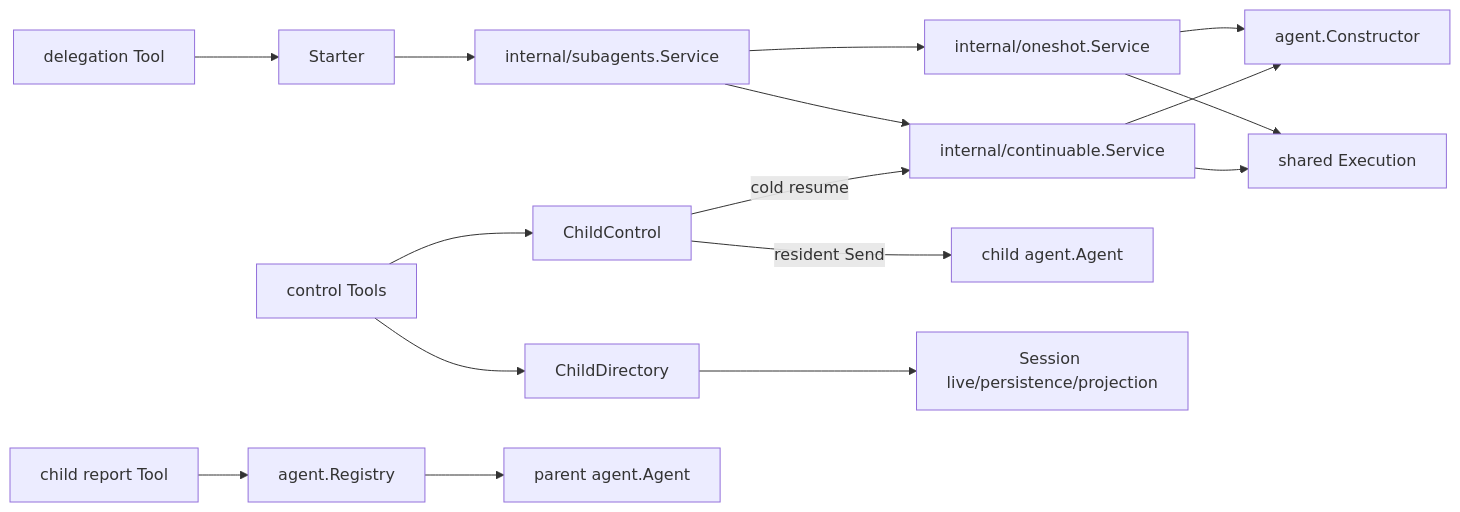
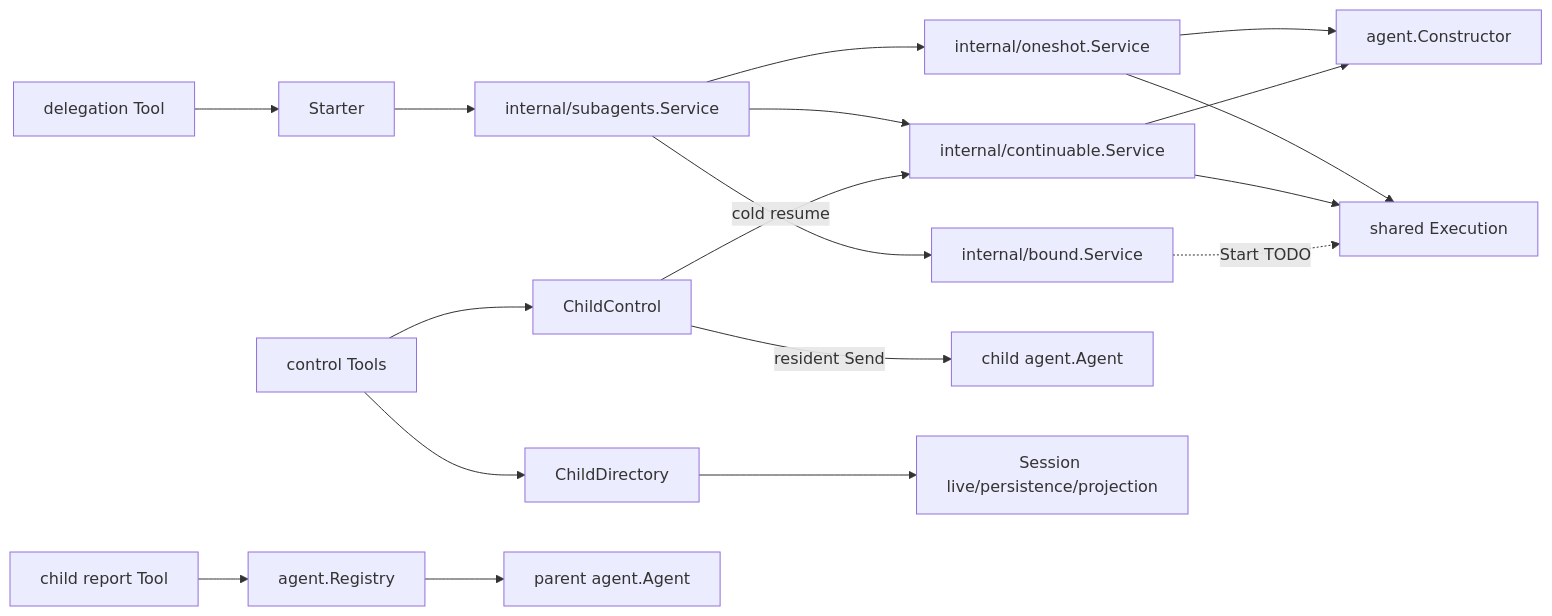
One commit to gorenx/goren changed the diagram in subagent/README.zh-CN.md. Above: the diagram before and after it, drawn with Mermaid. The commit also changed other lines of this file and 14 other files, not shown here.

````diff
--- a/subagent/README.zh-CN.md
+++ b/subagent/README.zh-CN.md
@@ -56,18 +57,20 @@
 ```mermaid
 flowchart LR
     Tool[delegation Tool] --> Starter
     Starter[Starter] --> Service[internal/subagents.Service]
     Service --> OneShot[internal/oneshot.Service]
     Service --> Continuable[internal/continuable.Service]
+    Service --> Bound[internal/bound.Service]
     OneShot --> Constructor[agent.Constructor]
     Continuable --> Constructor
     OneShot --> Execution[shared Execution]
     Continuable --> Execution
+    Bound -. Start TODO .-> Execution
     Control[control Tools] --> ChildControl
     ChildControl -->|resident Send| ChildAgent[child agent.Agent]
     ChildControl -->|cold resume| Continuable
     Control --> Directory[ChildDirectory]
     Report[child report Tool] --> Registry[agent.Registry]
     Registry --> ParentAgent[parent agent.Agent]
     Directory --> Sessions[Session live/persistence/projection]
 ```
````
